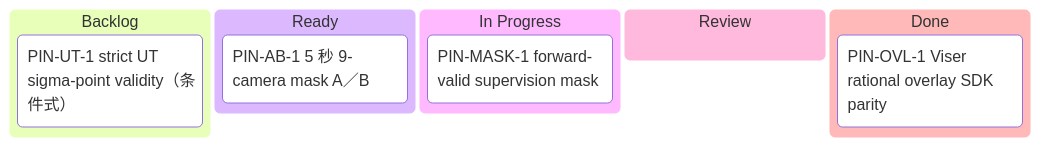
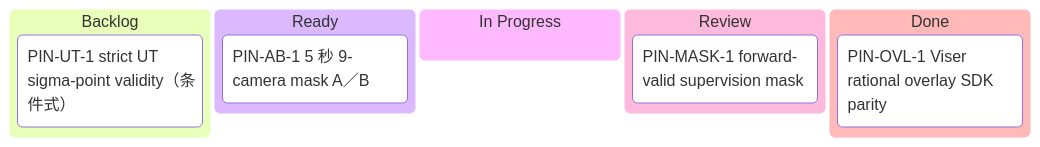
The first of 2 diagrams in docs/pinhole_camera_kanban.md (etendue/3dgrut), drawn with Mermaid before and after one commit. The commit also changed other lines of this file and 1 other file, not shown here.

Commit message:
docs(pinhole): move forward-valid mask to review

````diff
--- a/docs/pinhole_camera_kanban.md
+++ b/docs/pinhole_camera_kanban.md
@@ -9,12 +9,12 @@
 ```mermaid
 kanban
   backlog[Backlog]
     PIN-UT-1[PIN-UT-1 strict UT sigma-point validity（条件式）]
   ready[Ready]
     PIN-AB-1[PIN-AB-1 5 秒 9-camera mask A／B]
   active[In Progress]
+  review[Review]
     PIN-MASK-1[PIN-MASK-1 forward-valid supervision mask]
-  review[Review]
   done[Done]
     PIN-OVL-1[PIN-OVL-1 Viser rational overlay SDK parity]
 ```
````
